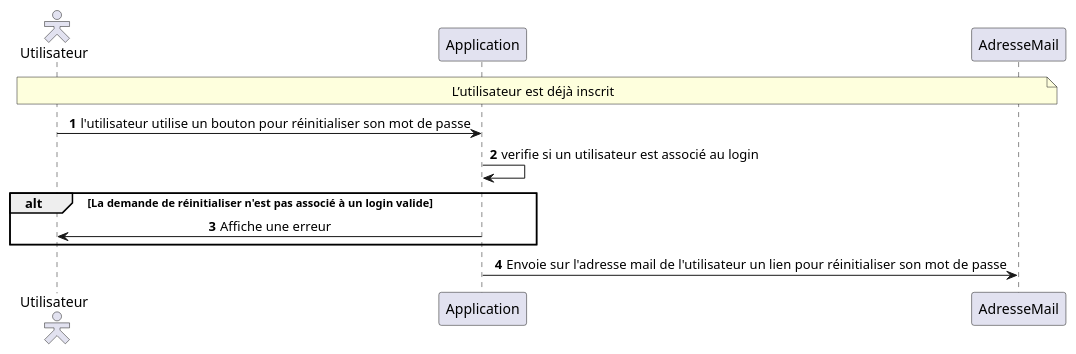
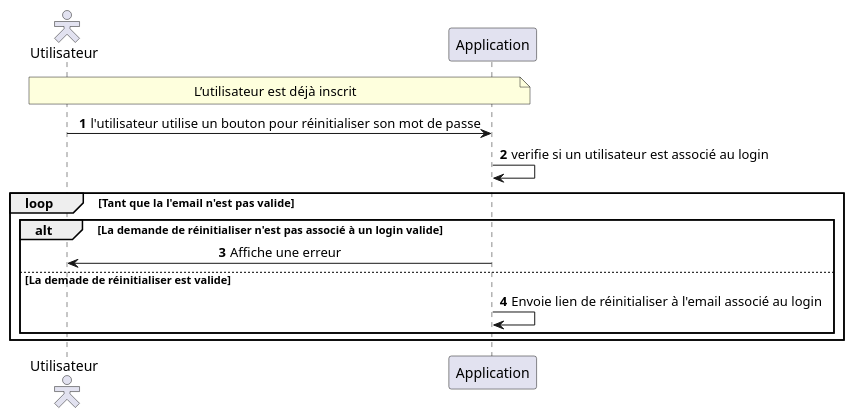
The diagram in src/Description_des_scenarios_Authentifier_s_réinitialiser_mdp.puml (MinaroliCorentin/PSO), drawn with PlantUML before and after one commit. The commit also changed 15 other files, not shown here.

```diff
--- a/src/Description_des_scenarios_Authentifier_s_réinitialiser_mdp.puml
+++ b/src/Description_des_scenarios_Authentifier_s_réinitialiser_mdp.puml
@@ -1,20 +1,22 @@
 @startuml
 autonumber
 skinparam sequenceMessageAlign center
 skinparam actorStyle hollow
 
 actor "Utilisateur" as user
 participant "Application" as app
-participant "AdresseMail" as adresseMail
 
-note over user, adresseMail
+note over user, app
 L’utilisateur est déjà inscrit
 end note
 
 user -> app : l'utilisateur utilise un bouton pour réinitialiser son mot de passe
 app -> app : verifie si un utilisateur est associé au login
+loop Tant que la l'email n'est pas valide
 alt La demande de réinitialiser n'est pas associé à un login valide
     app -> user : Affiche une erreur
+else La demade de réinitialiser est valide
+    app -> app : Envoie lien de réinitialiser à l'email associé au login
 end
-app -> adresseMail : Envoie sur l'adresse mail de l'utilisateur un lien pour réinitialiser son mot de passe
+end
 @enduml
```
